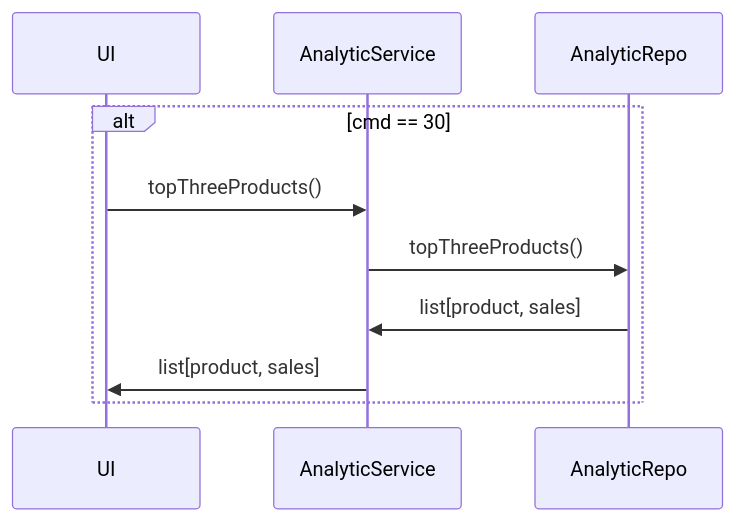
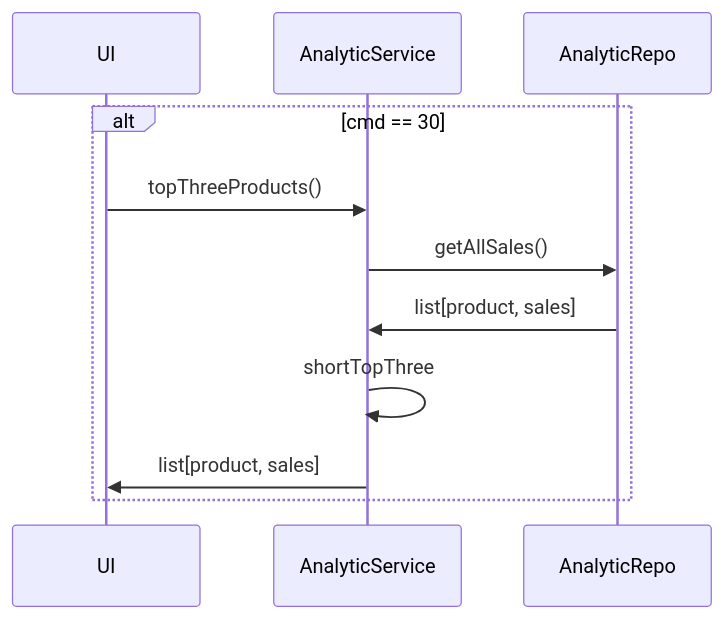
Diagram 12 of 14 in README.md (Apameus/Vending_Machine), drawn with Mermaid before and after one commit. The commit also changed other lines of this file and 18 other files, not shown here.

````diff
--- a/README.md
+++ b/README.md
@@ -265,13 +265,14 @@
 ```mermaid
 sequenceDiagram
     participant UI
     participant AS as AnalyticService
     participant AR as AnalyticRepo
 
     alt cmd == 30
             UI ->> AS: topThreeProducts()
-            AS ->> AR: topThreeProducts()
+            AS ->> AR: getAllSales()
             AR ->> AS: list[product, sales]
+            AS ->> AS: shortTopThree
             AS ->> UI: list[product, sales]
     end
 ```
````
